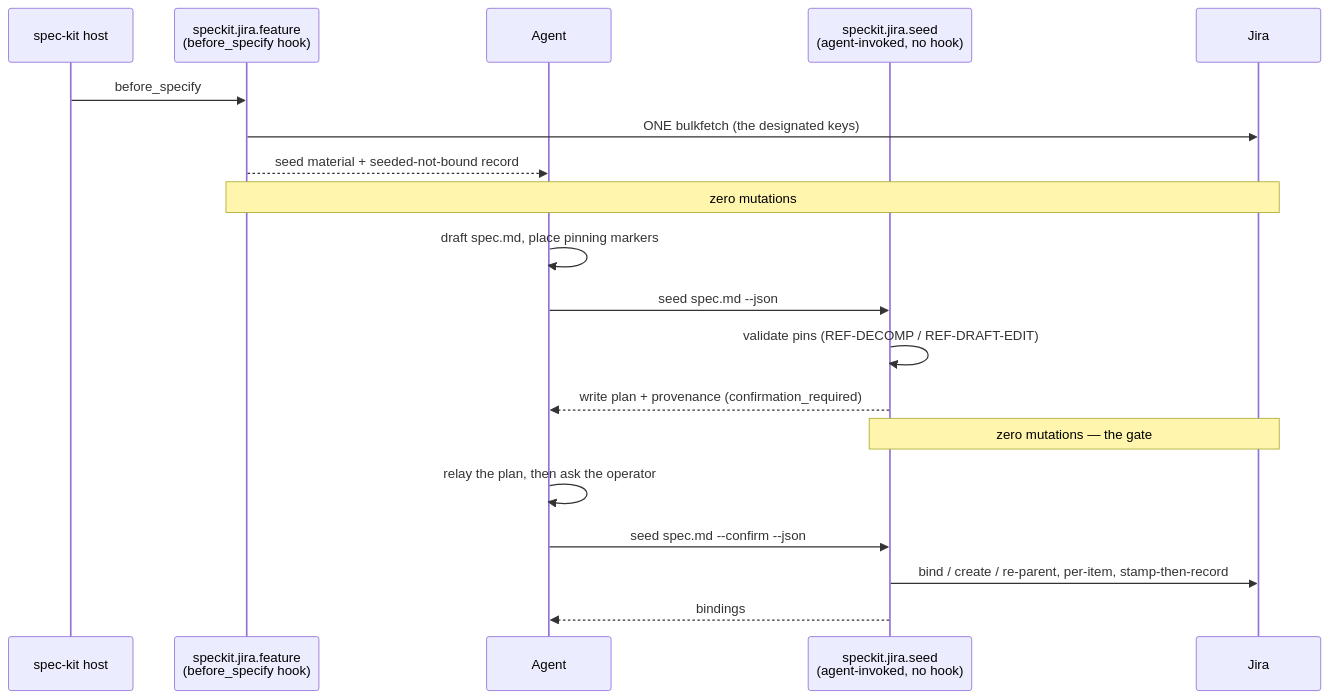
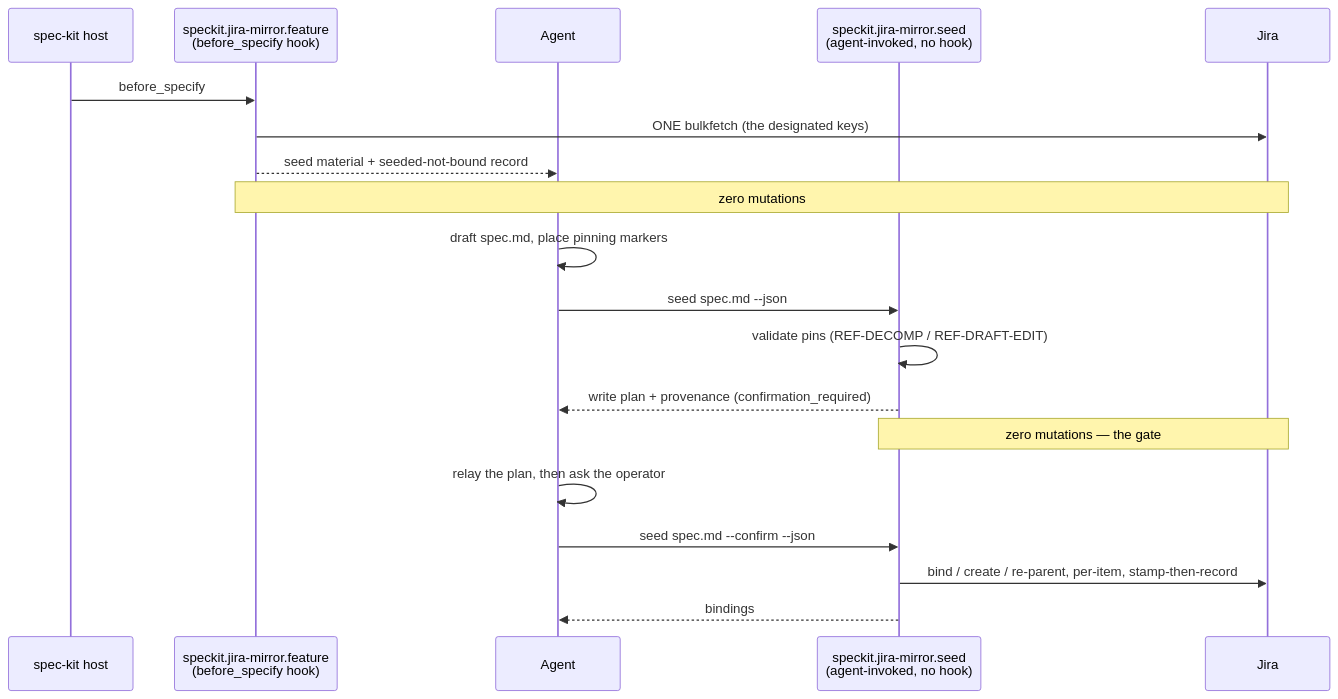
Before and after one commit to Fyloss/spec-kit-jira: the fifth of 5 diagrams in docs/06-feature-naming.md, drawn with Mermaid. The commit also changed other lines of this file and 104 other files, not shown here.

First line of the commit message:
feat!: rename the extension id, commands, and repository to jira-mirror (#57)

````diff
--- a/docs/06-feature-naming.md
+++ b/docs/06-feature-naming.md
@@ -221,22 +221,22 @@
 ```mermaid
 sequenceDiagram
     participant Host as spec-kit host
-    participant M1 as speckit.jira.feature<br/>(before_specify hook)
+    participant M1 as speckit.jira-mirror.feature<br/>(before_specify hook)
     participant Agent
-    participant M2 as speckit.jira.seed<br/>(agent-invoked, no hook)
+    participant M2 as speckit.jira-mirror.seed<br/>(agent-invoked, no hook)
     participant Jira
 
     Host->>M1: before_specify
     M1->>Jira: ONE bulkfetch (the designated keys)
     M1-->>Agent: seed material + seeded-not-bound record
     Note over M1,Jira: zero mutations
     Agent->>Agent: draft spec.md, place pinning markers
     Agent->>M2: seed spec.md --json
     M2->>M2: validate pins (REF-DECOMP / REF-DRAFT-EDIT)
     M2-->>Agent: write plan + provenance (confirmation_required)
     Note over M2,Jira: zero mutations — the gate
     Agent->>Agent: relay the plan, then ask the operator
     Agent->>M2: seed spec.md --confirm --json
     M2->>Jira: bind / create / re-parent, per-item, stamp-then-record
     M2-->>Agent: bindings
 ```
````
